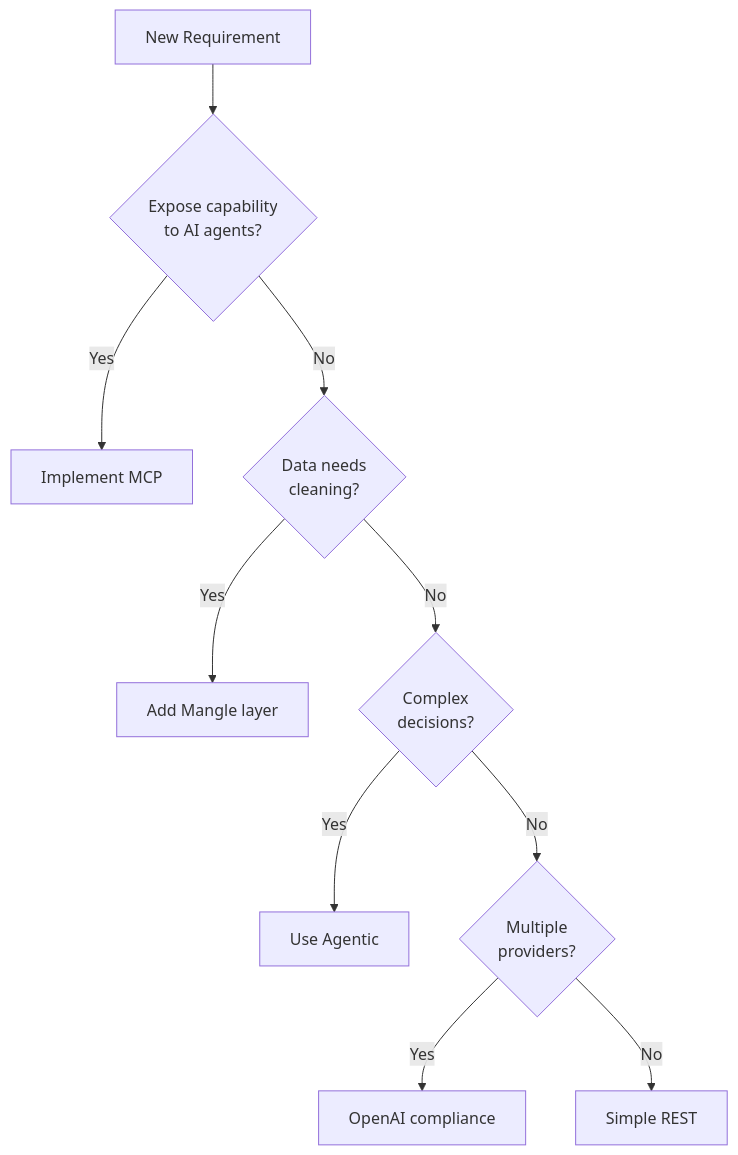
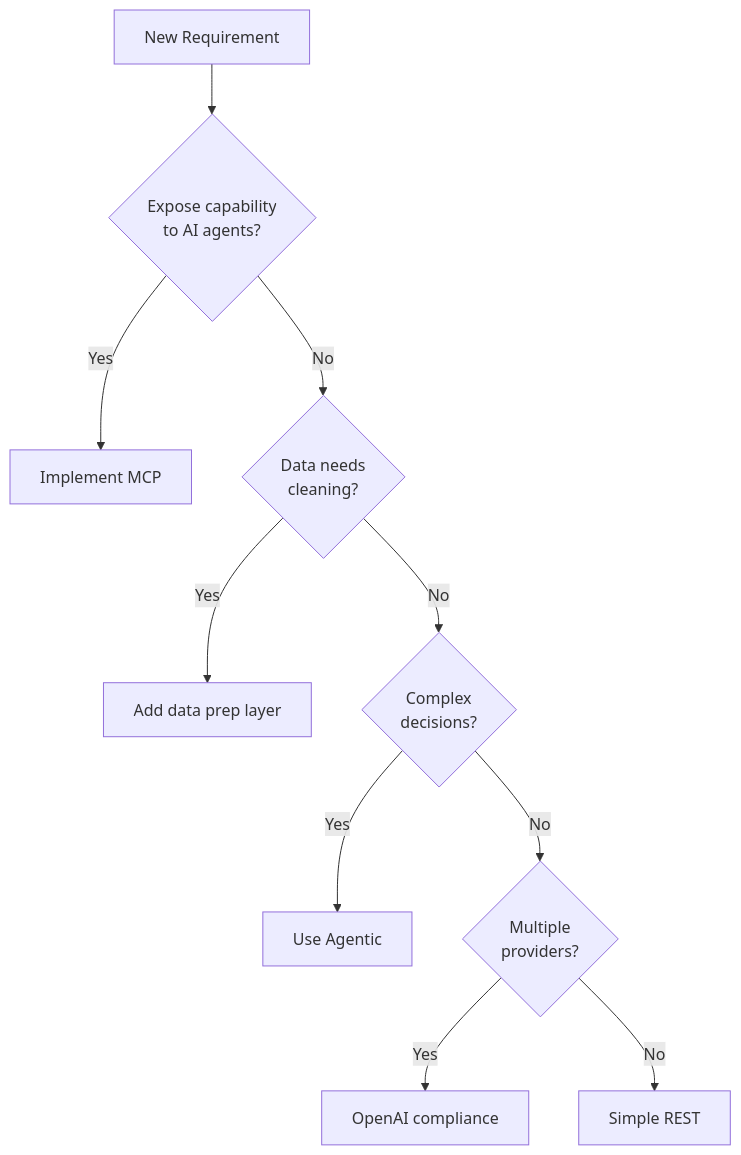
The seventh of 7 diagrams in docs/business-briefs/06-architectural-patterns.md (GJKarthik/sap-oss-v1), drawn with Mermaid before and after one commit. The commit also changed other lines of this file and 2548 other files, not shown here.

````diff
--- a/docs/business-briefs/06-architectural-patterns.md
+++ b/docs/business-briefs/06-architectural-patterns.md
@@ -225,15 +225,15 @@
 ```mermaid
 flowchart TD
     Start["New Requirement"] --> Q1{"Expose capability<br/>to AI agents?"}
     Q1 --> |"Yes"| MCP["Implement MCP"]
     Q1 --> |"No"| Q2{"Data needs<br/>cleaning?"}
     
-    Q2 --> |"Yes"| Mangle["Add Mangle layer"]
+    Q2 --> |"Yes"| DataPrep["Add data prep layer"]
     Q2 --> |"No"| Q3{"Complex<br/>decisions?"}
     
     Q3 --> |"Yes"| Agent["Use Agentic"]
     Q3 --> |"No"| Q4{"Multiple<br/>providers?"}
     
     Q4 --> |"Yes"| OpenAI["OpenAI compliance"]
     Q4 --> |"No"| Simple["Simple REST"]
 ```
````
